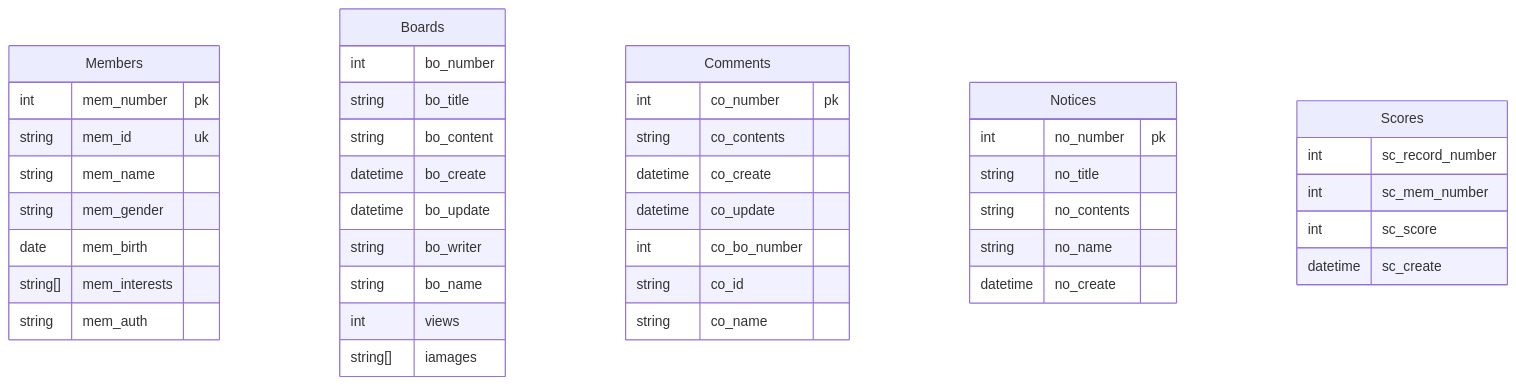
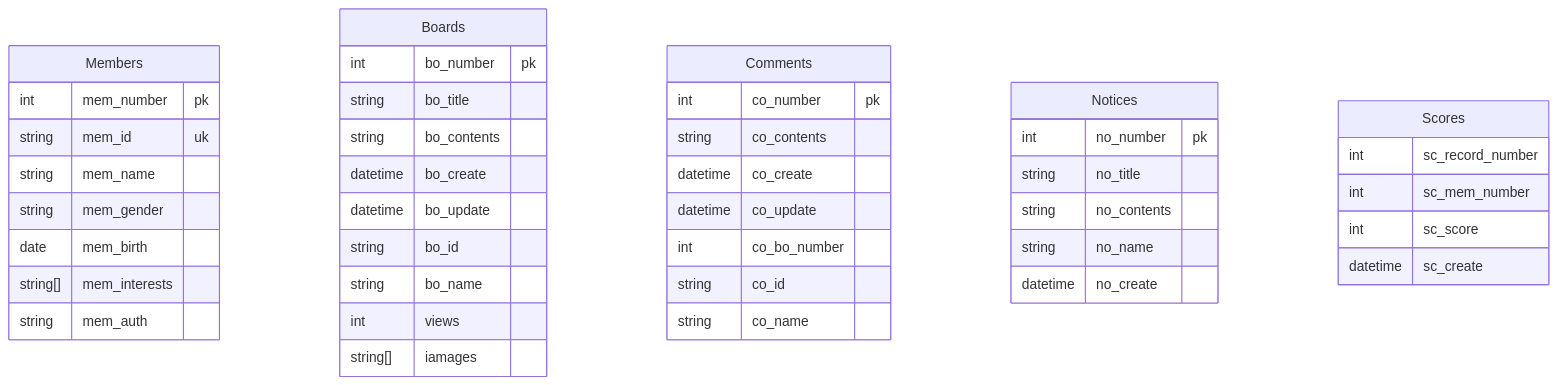
One commit to gototheTK/records changed the diagram in src/front-end/records/cs/database/Introduction_To_Database.md. Above: the diagram before and after it, drawn with Mermaid. The commit also changed other lines of this file, not shown here.

````diff
--- a/src/front-end/records/cs/database/Introduction_To_Database.md
+++ b/src/front-end/records/cs/database/Introduction_To_Database.md
@@ -244,54 +241,54 @@
 ```mermaid
 
 erDiagram
 
     Members{
         int mem_number pk
         string mem_id uk
         string mem_name
         string mem_gender
         date mem_birth
         string[] mem_interests
         string mem_auth
     }
 
     Boards {
-        int bo_number
+        int bo_number pk
         string bo_title
-        string bo_content
+        string bo_contents
         datetime bo_create
         datetime bo_update
-        string bo_writer
+        string bo_id
         string bo_name
         int views
         string[] iamages
     }
 
     Comments {
         int co_number pk
         string co_contents
         datetime co_create
         datetime co_update
         int co_bo_number
         string co_id
         string co_name
 
     }
 
     Notices {
         int no_number pk
         string no_title
         string no_contents
         string no_name
         datetime no_create
     }
 
     Scores {
         int sc_record_number
         int sc_mem_number
         int sc_score
         datetime sc_create
 
     }
 
 ```
````
